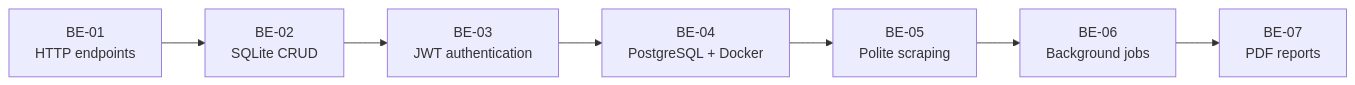
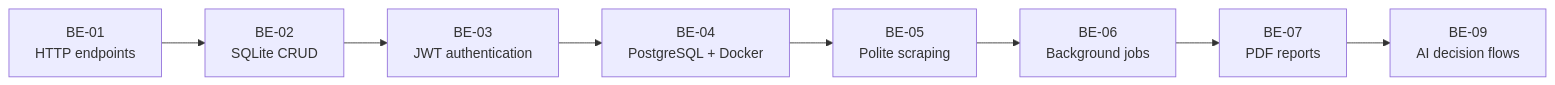
Before and after one commit to bilgenurpala/flyrank-internship: the diagram in README.md, drawn with Mermaid. The commit also changed other lines of this file and 26 other files, not shown here.

Commit message:
feat: build AI decision flow with Inngest

````diff
--- a/README.md
+++ b/README.md
@@ -25,9 +26,10 @@
 ```mermaid
 flowchart LR
     A["BE-01<br/>HTTP endpoints"] --> B["BE-02<br/>SQLite CRUD"]
     B --> C["BE-03<br/>JWT authentication"]
     C --> D["BE-04<br/>PostgreSQL + Docker"]
     D --> E["BE-05<br/>Polite scraping"]
     E --> F["BE-06<br/>Background jobs"]
     F --> G["BE-07<br/>PDF reports"]
+    G --> H["BE-09<br/>AI decision flows"]
 ```
````
